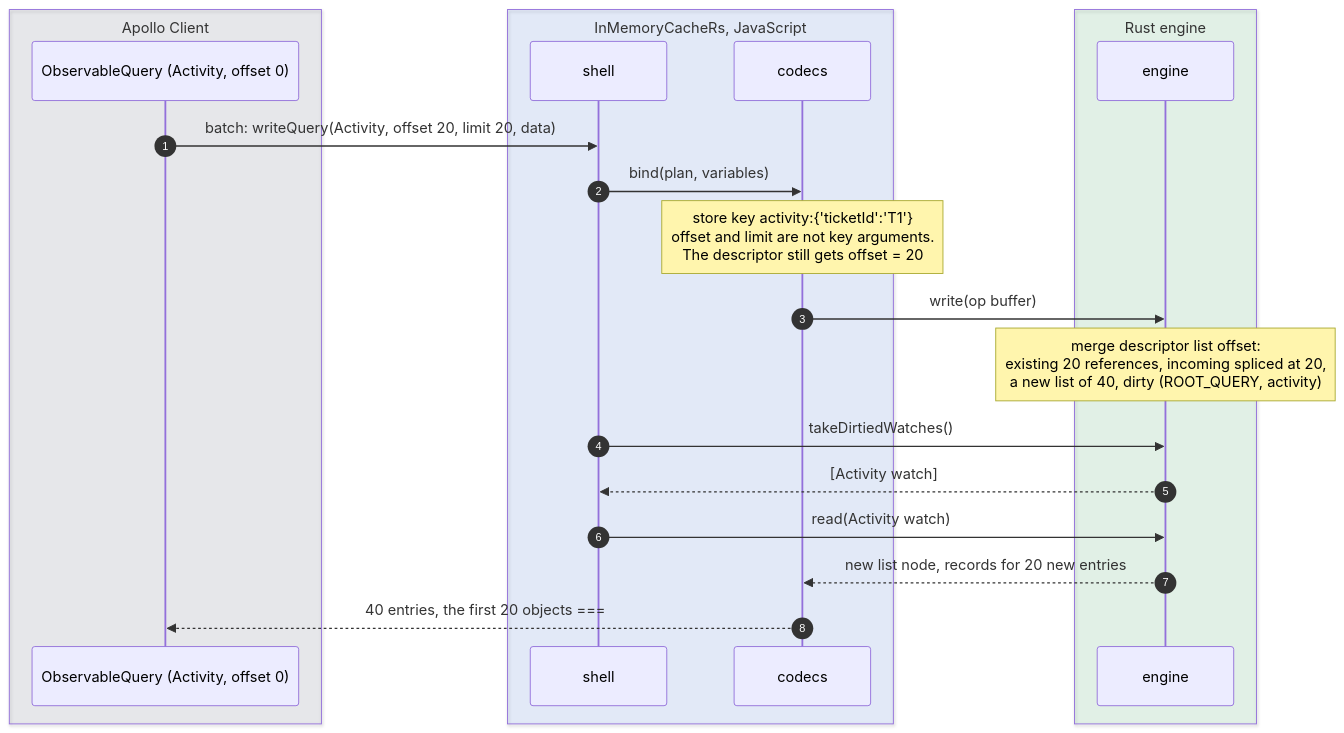
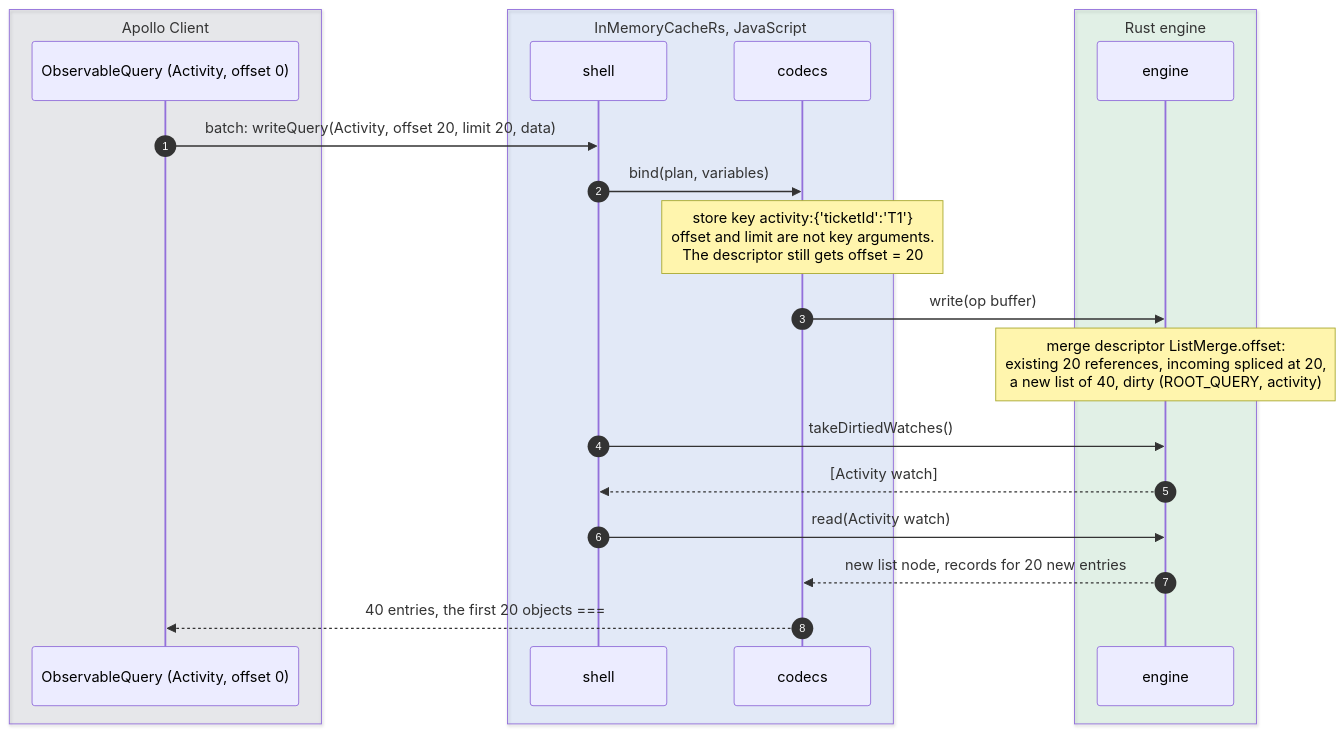
Before and after one commit to convict-git/fast-gql-cache-rs: diagram 13 of 15 in docs/rfc/0001-inmemorycachers-architecture/02-how-data-moves.md, drawn with Mermaid. The commit also changed other lines of this file and 10 other files, not shown here.

````diff
--- a/docs/rfc/0001-inmemorycachers-architecture/02-how-data-moves.md
+++ b/docs/rfc/0001-inmemorycachers-architecture/02-how-data-moves.md
@@ -701,25 +701,25 @@
 ```mermaid
 sequenceDiagram
     autonumber
     box rgba(71, 85, 105, 0.10) Apollo Client
         participant OQ as ObservableQuery (Activity, offset 0)
     end
     box rgba(37, 99, 235, 0.10) InMemoryCacheRs, JavaScript
         participant SH as shell
         participant COD as codecs
     end
     box rgba(22, 163, 74, 0.10) Rust engine
         participant RS as engine
     end
 
     OQ->>SH: batch: writeQuery(Activity, offset 20, limit 20, data)
     SH->>COD: bind(plan, variables)
     Note over COD: store key activity:{'ticketId':'T1'}<br/>offset and limit are not key arguments.<br/>The descriptor still gets offset = 20
     COD->>RS: write(op buffer)
-    Note over RS: merge descriptor list offset:<br/>existing 20 references, incoming spliced at 20,<br/>a new list of 40, dirty (ROOT_QUERY, activity)
+    Note over RS: merge descriptor ListMerge.offset:<br/>existing 20 references, incoming spliced at 20,<br/>a new list of 40, dirty (ROOT_QUERY, activity)
     SH->>RS: takeDirtiedWatches()
     RS-->>SH: [Activity watch]
     SH->>RS: read(Activity watch)
     RS-->>COD: new list node, records for 20 new entries
     COD-->>OQ: 40 entries, the first 20 objects ===
 ```
````
